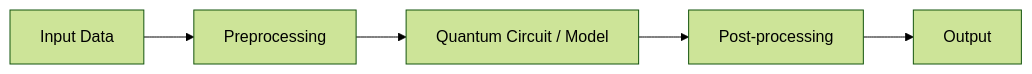
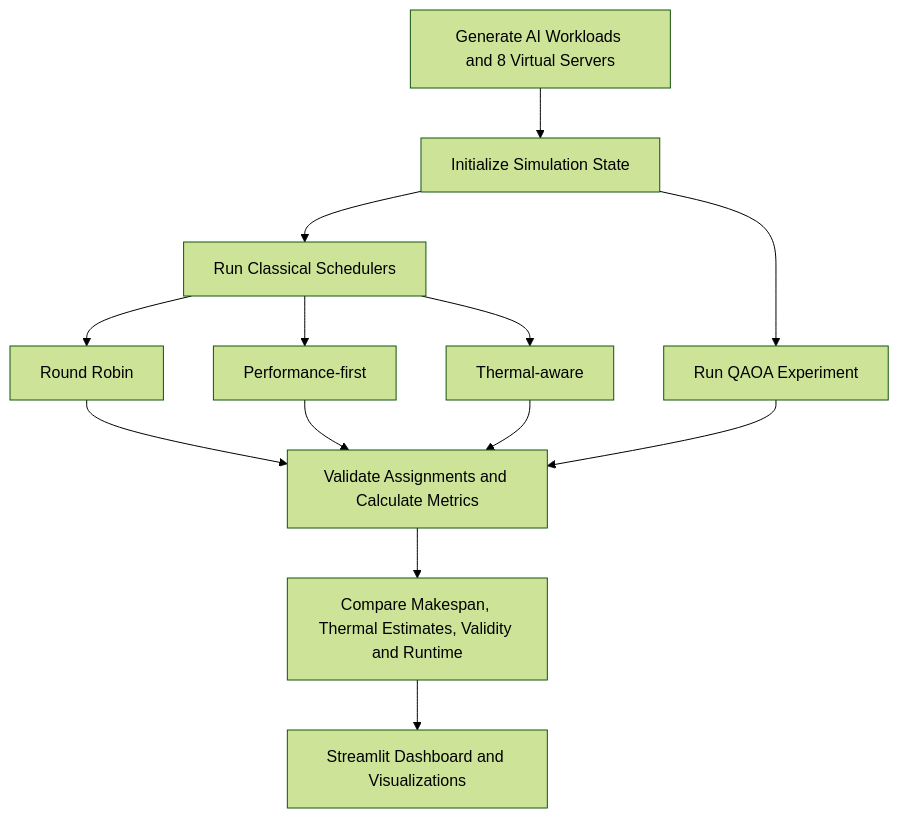
The diagram in README.md (vtu-qiskit-fall-fest-2026/vtu-hc-migloo), drawn with Mermaid (forest theme) before and after one commit. The commit also changed other lines of this file, not shown here.

````diff
--- a/README.md
+++ b/README.md
@@ -98,7 +81,26 @@
 ```mermaid
-flowchart LR
-    A[Input Data] --> B[Preprocessing]
-    B --> C[Quantum Circuit / Model]
-    C --> D[Post-processing]
-    D --> E[Output]
+flowchart TD
+    A[Generate AI Workloads and 8 Virtual Servers]
+    B[Initialize Simulation State]
+    C[Run Classical Schedulers]
+    D[Round Robin]
+    E[Performance-first]
+    F[Thermal-aware]
+    G[Run QAOA Experiment]
+    H[Validate Assignments and Calculate Metrics]
+    I[Compare Makespan, Thermal Estimates, Validity and Runtime]
+    J[Streamlit Dashboard and Visualizations]
+
+    A --> B
+    B --> C
+    C --> D
+    C --> E
+    C --> F
+    B --> G
+    D --> H
+    E --> H
+    F --> H
+    G --> H
+    H --> I
+    I --> J
 ```
````
